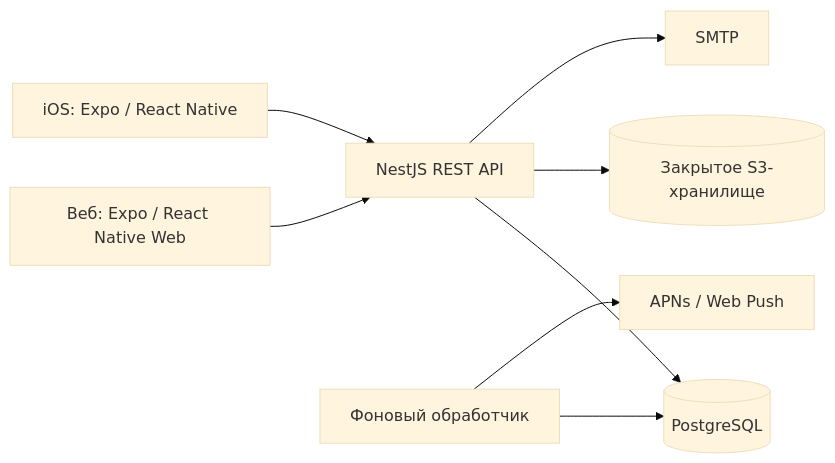
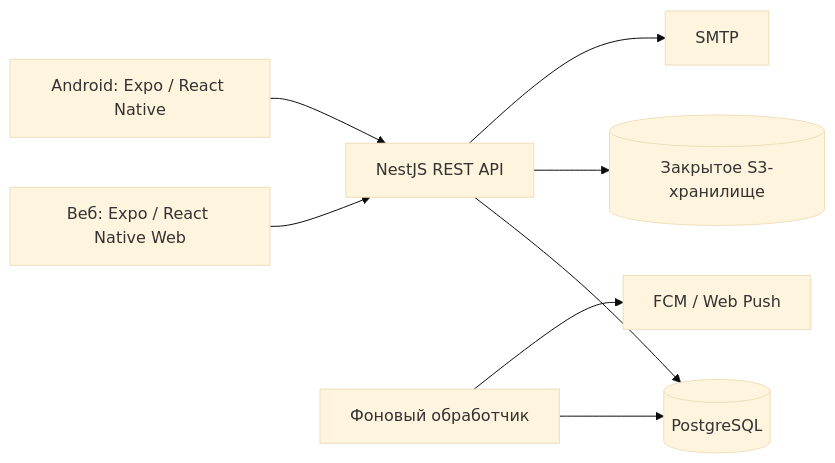
One commit to etorusl/uniflow changed the diagram in docs/architecture.md. Above: the diagram before and after it, drawn with Mermaid (base theme). The commit also changed other lines of this file and 5 other files, not shown here.

Commit message:
docs: target Android and web for the first release

````diff
--- a/docs/architecture.md
+++ b/docs/architecture.md
@@ -11,10 +11,10 @@
 ```mermaid
 flowchart LR
     Web[Веб: Expo / React Native Web] --> API[NestJS REST API]
-    iOS[iOS: Expo / React Native] --> API
+    Android[Android: Expo / React Native] --> API
     API --> PG[(PostgreSQL)]
     API --> S3[(Закрытое S3-хранилище)]
     API --> SMTP[SMTP]
     Worker[Фоновый обработчик] --> PG
-    Worker --> Push[APNs / Web Push]
+    Worker --> Push[FCM / Web Push]
 ```
````
